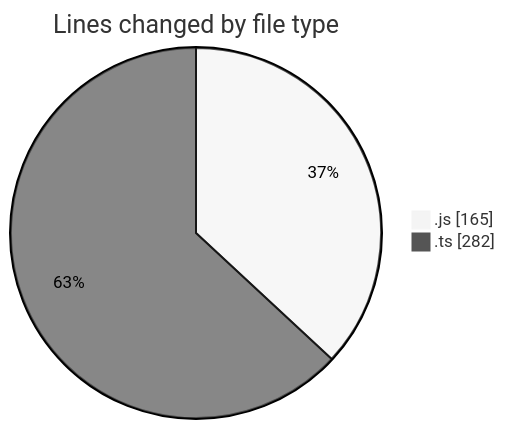
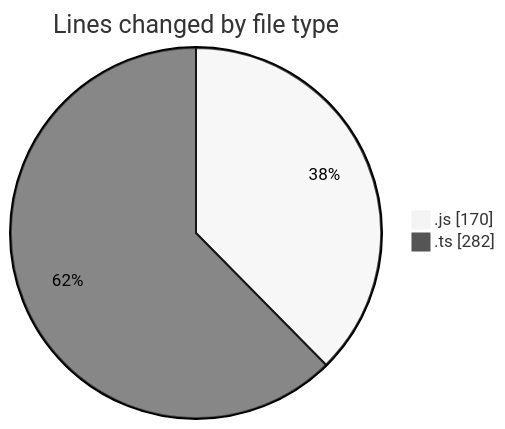
One commit to momahboobian/code-tracking changed the first of 2 diagrams in 2025-05-29/cda/README.md. Above: the diagram before and after it, drawn with Mermaid (neutral theme). The commit also changed other lines of this file and 1 other file, not shown here.

````diff
--- a/2025-05-29/cda/README.md
+++ b/2025-05-29/cda/README.md
@@ -21,6 +21,6 @@
 ```mermaid
 pie showData
 title Lines changed by file type
-".js" : 165
+".js" : 170
 ".ts" : 282
 ```
````
